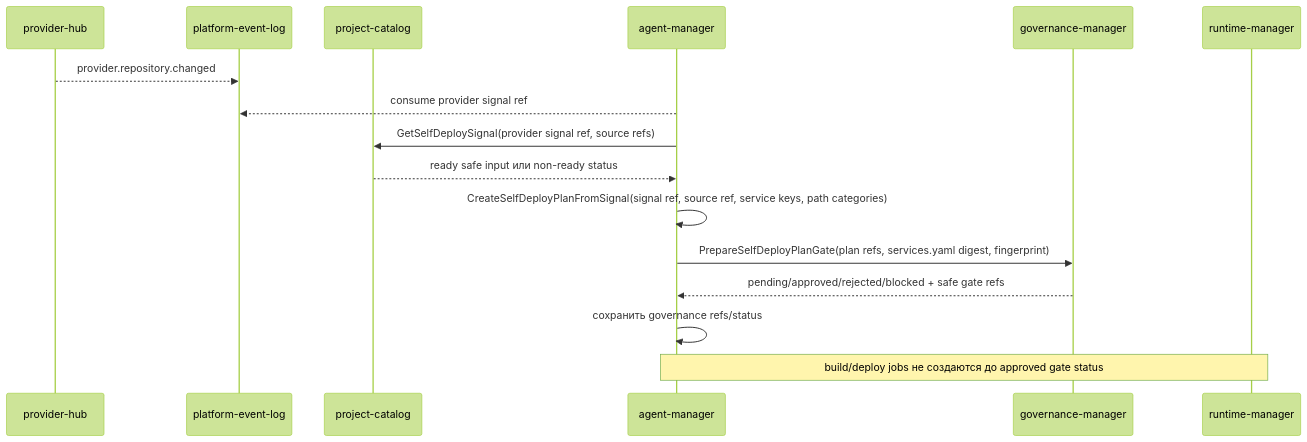
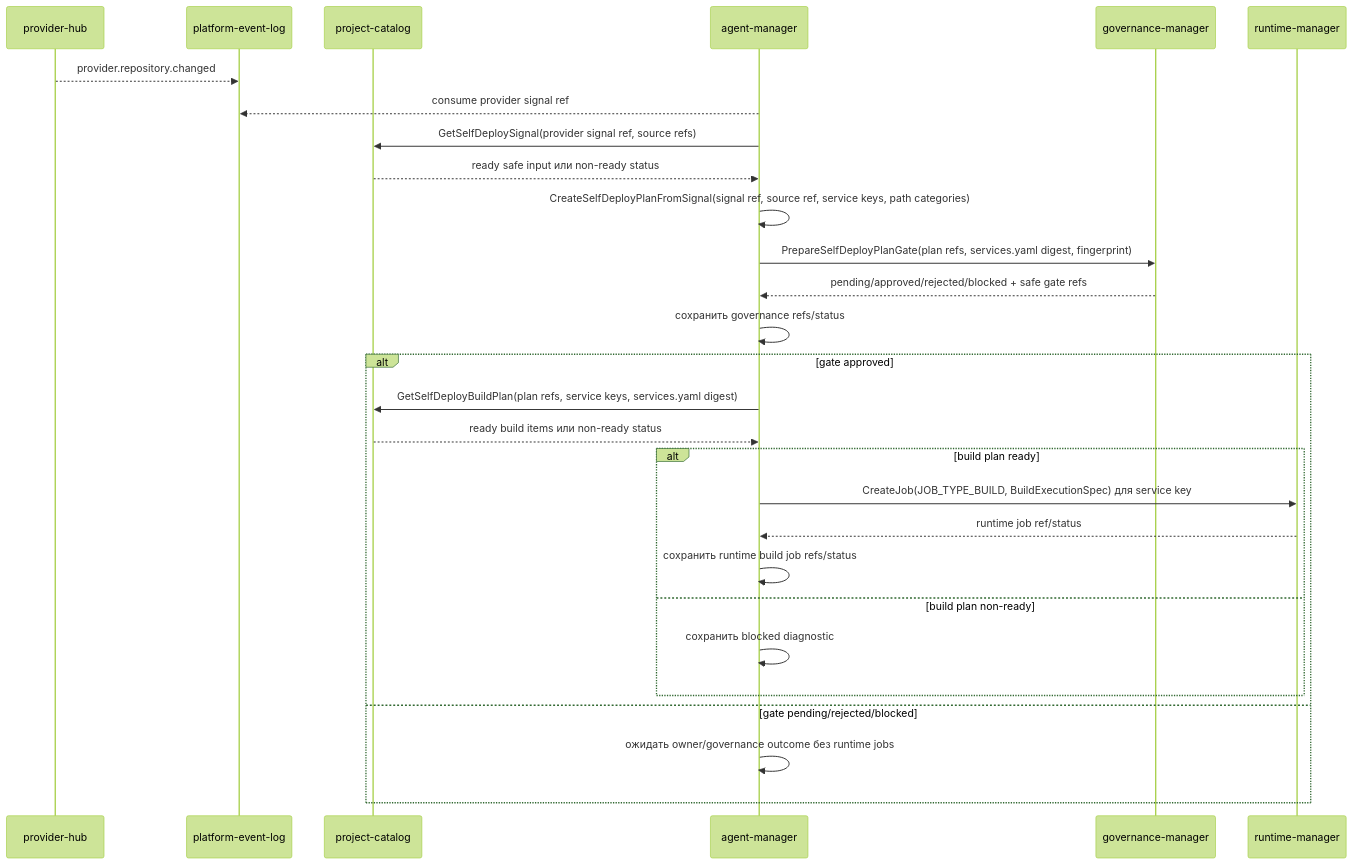
The third of 4 diagrams in docs/domains/agent-orchestration/architecture/design.md (codex-k8s/kodex), drawn with Mermaid (forest theme) before and after one commit. The commit also changed other lines of this file and 32 other files, not shown here.

Commit message:
Dispatch self deploy builds after approval

````diff
--- a/docs/domains/agent-orchestration/architecture/design.md
+++ b/docs/domains/agent-orchestration/architecture/design.md
@@ -135,18 +135,30 @@
 ```mermaid
 sequenceDiagram
   participant Provider as provider-hub
   participant Log as platform-event-log
   participant PC as project-catalog
   participant AM as agent-manager
   participant GOV as governance-manager
   participant R as runtime-manager
   Provider-->>Log: provider.repository.changed
   AM-->>Log: consume provider signal ref
   AM->>PC: GetSelfDeploySignal(provider signal ref, source refs)
   PC-->>AM: ready safe input или non-ready status
   AM->>AM: CreateSelfDeployPlanFromSignal(signal ref, source ref, service keys, path categories)
   AM->>GOV: PrepareSelfDeployPlanGate(plan refs, services.yaml digest, fingerprint)
   GOV-->>AM: pending/approved/rejected/blocked + safe gate refs
   AM->>AM: сохранить governance refs/status
-  Note over AM,R: build/deploy jobs не создаются до approved gate status
+  alt gate approved
+    AM->>PC: GetSelfDeployBuildPlan(plan refs, service keys, services.yaml digest)
+    PC-->>AM: ready build items или non-ready status
+    alt build plan ready
+      AM->>R: CreateJob(JOB_TYPE_BUILD, BuildExecutionSpec) для service key
+      R-->>AM: runtime job ref/status
+      AM->>AM: сохранить runtime build job refs/status
+    else build plan non-ready
+      AM->>AM: сохранить blocked diagnostic
+    end
+  else gate pending/rejected/blocked
+    AM->>AM: ожидать owner/governance outcome без runtime jobs
+  end
 ```
````
